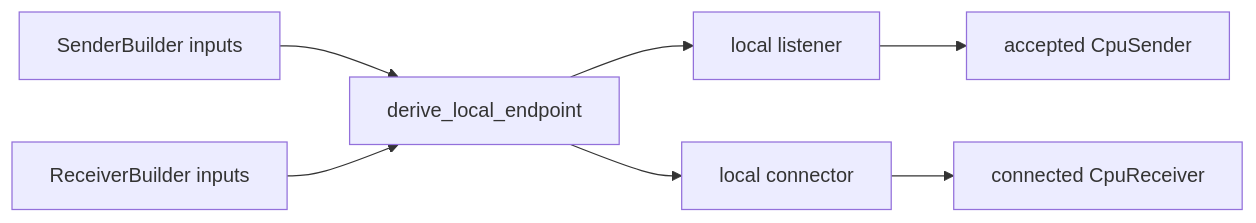
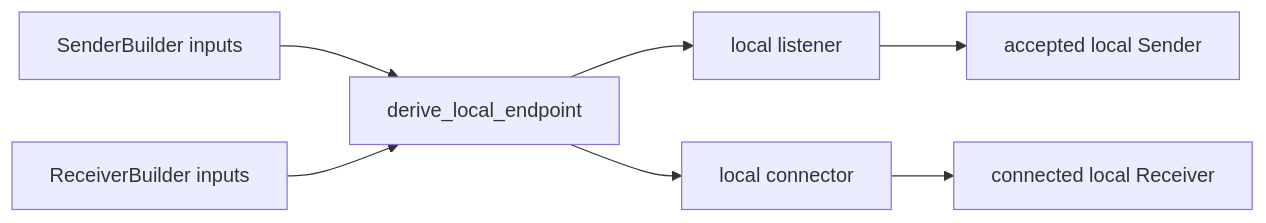
Before and after one commit to parsd/lava-flow: the diagram in doc/plan/phase_3.md, drawn with Mermaid. The commit also changed other lines of this file and 2 other files, not shown here.

Commit message:
Remove the Cpu prefix from local sender/recever as this is to handle the complete CPU/GPU communication protocol.

````diff
--- a/doc/plan/phase_3.md
+++ b/doc/plan/phase_3.md
@@ -87,9 +116,9 @@
 ```mermaid
 flowchart LR
     A[SenderBuilder inputs] --> C[derive_local_endpoint]
     B[ReceiverBuilder inputs] --> C
     C --> D[local listener]
     C --> E[local connector]
-    D --> F[accepted CpuSender]
-    E --> G[connected CpuReceiver]
+    D --> F[accepted local Sender]
+    E --> G[connected local Receiver]
 ```
````
